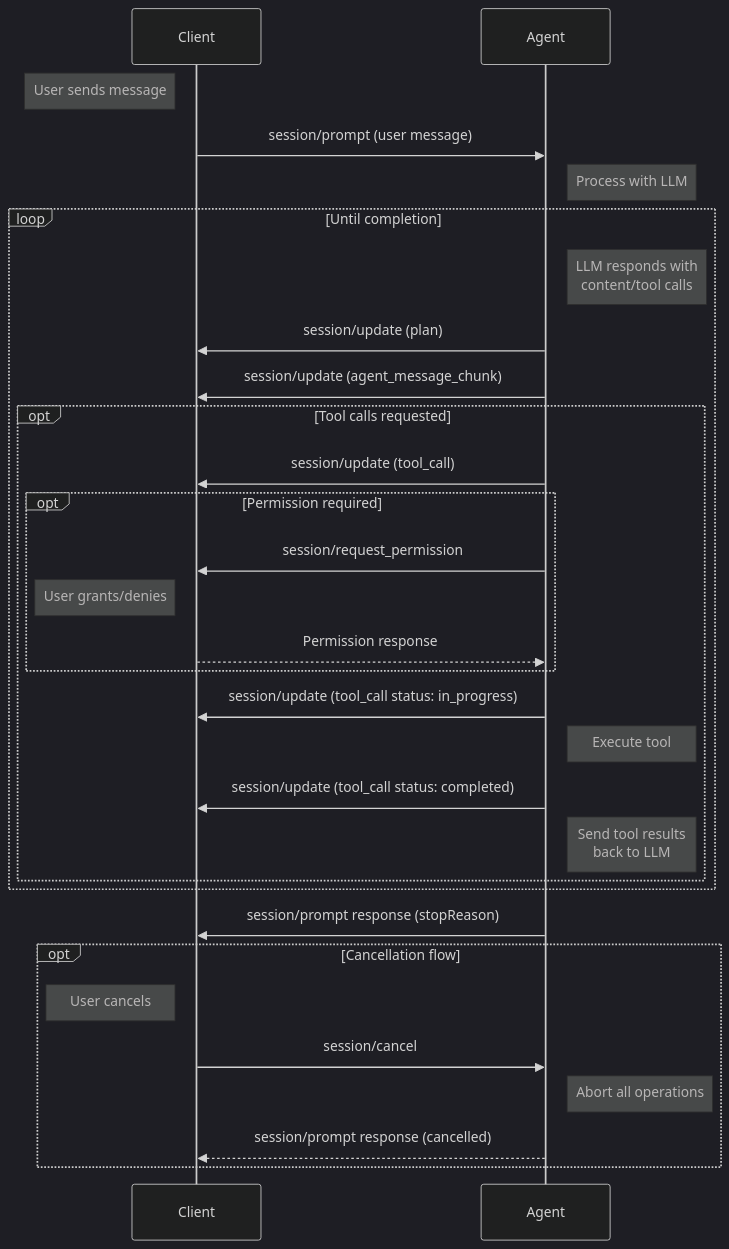
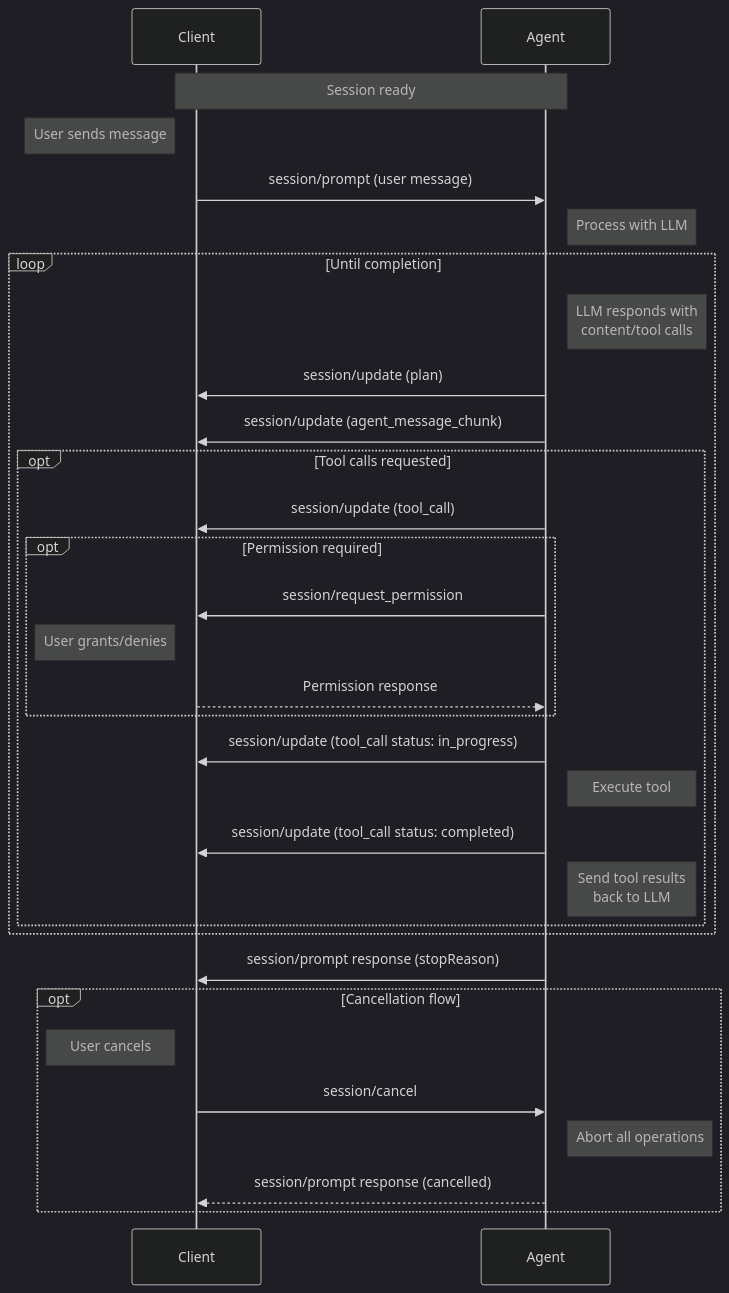
Before and after one commit to zed-industries/agent-client-protocol: the diagram in docs/protocol/prompt-turn.mdx, drawn with Mermaid (dark theme). The commit also changed 2 other files, not shown here.

Commit message:
Add initialize and session setup diagrams

````diff
--- a/docs/protocol/prompt-turn.mdx
+++ b/docs/protocol/prompt-turn.mdx
@@ -16,37 +16,39 @@
 ```mermaid
 sequenceDiagram
     participant Client
     participant Agent
+
+    Note over Agent,Client: Session ready
 
     Note left of Client: User sends message
     Client->>Agent: session/prompt (user message)
     Note right of Agent: Process with LLM
 
     loop Until completion
         Note right of Agent: LLM responds with<br/>content/tool calls
         Agent->>Client: session/update (plan)
         Agent->>Client: session/update (agent_message_chunk)
 
         opt Tool calls requested
             Agent->>Client: session/update (tool_call)
             opt Permission required
                 Agent->>Client: session/request_permission
                 Note left of Client: User grants/denies
                 Client-->>Agent: Permission response
             end
             Agent->>Client: session/update (tool_call status: in_progress)
             Note right of Agent: Execute tool
             Agent->>Client: session/update (tool_call status: completed)
             Note right of Agent: Send tool results<br/>back to LLM
         end
     end
 
     Agent->>Client: session/prompt response (stopReason)
 
     opt Cancellation flow
         Note left of Client: User cancels
         Client->>Agent: session/cancel
         Note right of Agent: Abort all operations
         Agent-->>Client: session/prompt response (cancelled)
     end
 ```
````
